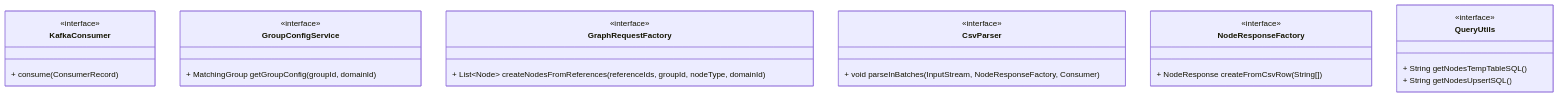
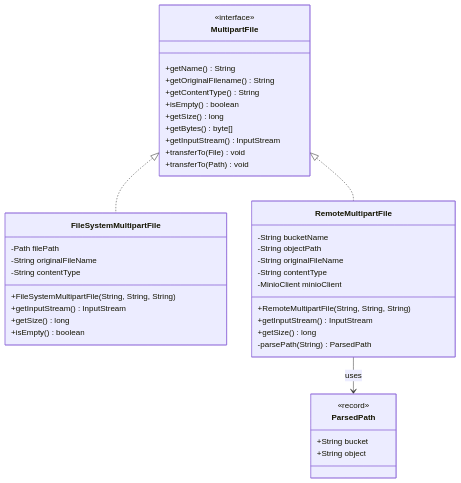
Diagram 17 of 32 in docs/Low Level Designs/NodesImport.md (kagit00/schedule_x), drawn with Mermaid before and after one commit. The commit also changed other lines of this file and 1 other file, not shown here.

````diff
--- a/docs/Low Level Designs/NodesImport.md
+++ b/docs/Low Level Designs/NodesImport.md
@@ -660,34 +824,47 @@
 ```mermaid
 classDiagram
-    class KafkaConsumer {
+    class MultipartFile {
         <<interface>>
-        + consume(ConsumerRecord)
+        +getName() String
+        +getOriginalFilename() String
+        +getContentType() String
+        +isEmpty() boolean
+        +getSize() long
+        +getBytes() byte[]
+        +getInputStream() InputStream
+        +transferTo(File) void
+        +transferTo(Path) void
     }
-
-    class GroupConfigService {
-        <<interface>>
-        + MatchingGroup getGroupConfig(groupId, domainId)
+    
+    class FileSystemMultipartFile {
+        -Path filePath
+        -String originalFileName
+        -String contentType
+        +FileSystemMultipartFile(String, String, String)
+        +getInputStream() InputStream
+        +getSize() long
+        +isEmpty() boolean
     }
-
-    class GraphRequestFactory {
-        <<interface>>
-        + List~Node~ createNodesFromReferences(referenceIds, groupId, nodeType, domainId)
+    
+    class RemoteMultipartFile {
+        -String bucketName
+        -String objectPath
+        -String originalFileName
+        -String contentType
+        -MinioClient minioClient
+        +RemoteMultipartFile(String, String, String)
+        +getInputStream() InputStream
+        +getSize() long
+        -parsePath(String) ParsedPath
     }
-
-    class CsvParser {
-        <<interface>>
-        + void parseInBatches(InputStream, NodeResponseFactory, Consumer)
+    
+    class ParsedPath {
+        <<record>>
+        +String bucket
+        +String object
     }
-
-    class NodeResponseFactory {
-        <<interface>>
-        + NodeResponse createFromCsvRow(String[])
-    }
-
-    class QueryUtils {
-        <<interface>>
-        + String getNodesTempTableSQL()
-        + String getNodesUpsertSQL()
-    }
-
+    
+    MultipartFile <|.. FileSystemMultipartFile
+    MultipartFile <|.. RemoteMultipartFile
+    RemoteMultipartFile --> ParsedPath : uses
 ```
````
